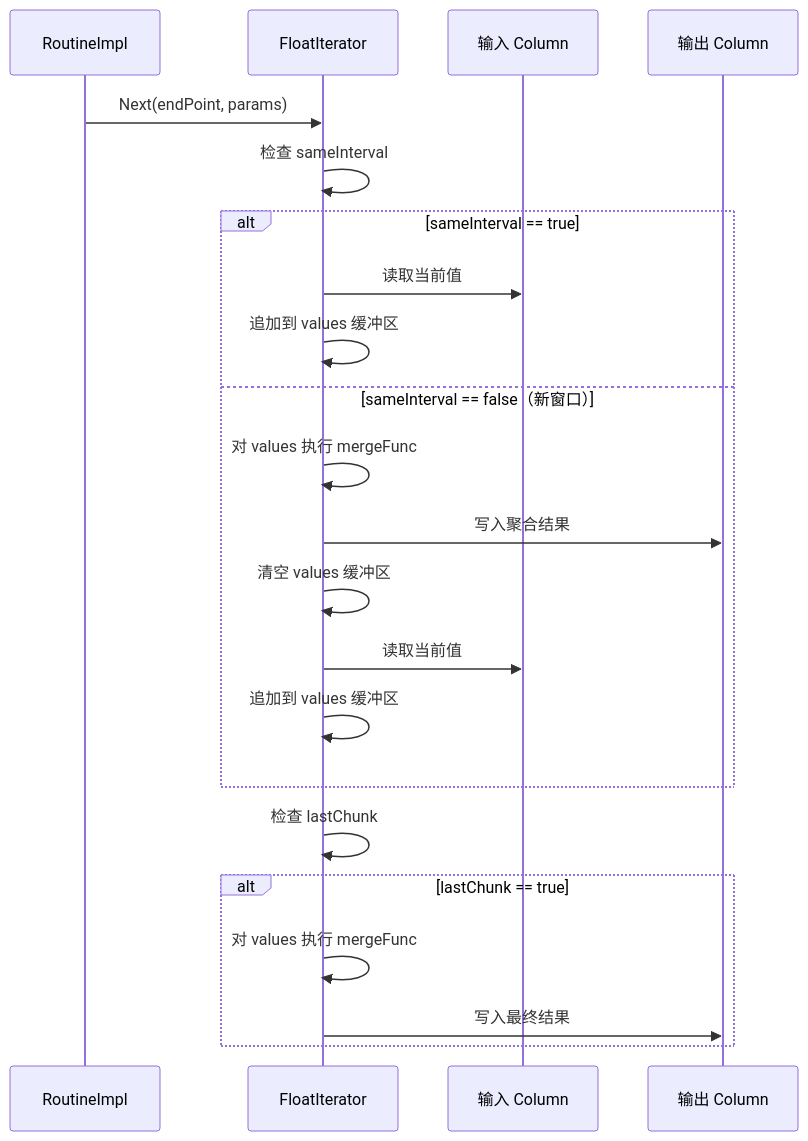
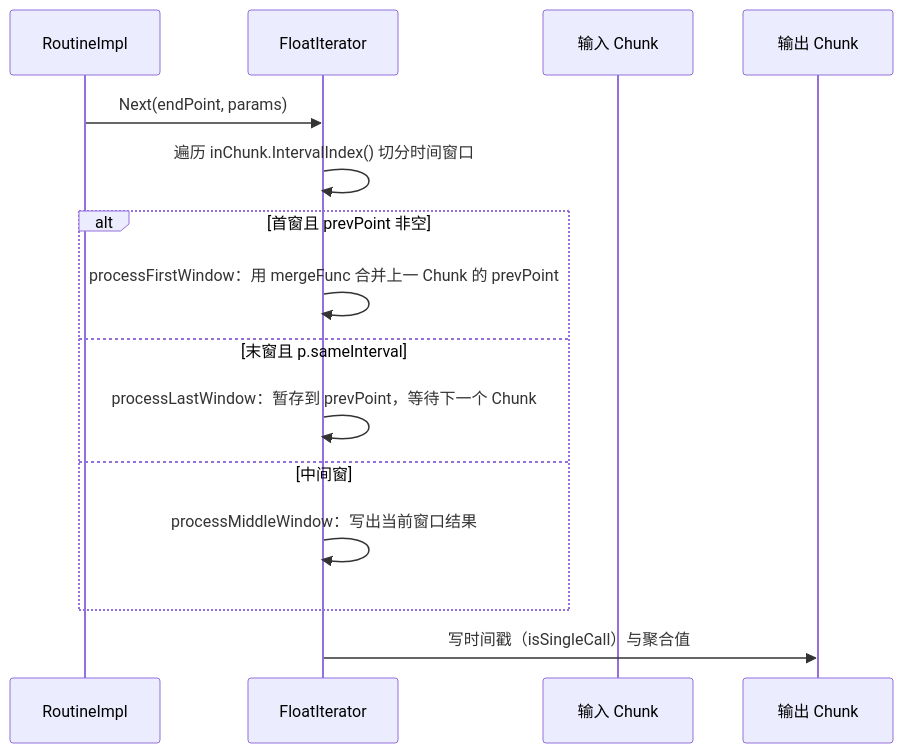
One commit to stefanv5/openGemini changed the eighth of 9 diagrams in docs/specs/09_udaf_operator_spec.md. Above: the diagram before and after it, drawn with Mermaid. The commit also changed other lines of this file and 37 other files, not shown here.

````diff
--- a/docs/specs/09_udaf_operator_spec.md
+++ b/docs/specs/09_udaf_operator_spec.md
@@ -2212,25 +2279,18 @@
 ```mermaid
 sequenceDiagram
     participant Caller as RoutineImpl
     participant FI as FloatIterator
-    participant Col as 输入 Column
-    participant Out as 输出 Column
+    participant Col as 输入 Chunk
+    participant Out as 输出 Chunk
 
     Caller->>FI: Next(endPoint, params)
-    FI->>FI: 检查 sameInterval
-    alt sameInterval == true
-        FI->>Col: 读取当前值
-        FI->>FI: 追加到 values 缓冲区
-    else sameInterval == false（新窗口）
-        FI->>FI: 对 values 执行 mergeFunc
-        FI->>Out: 写入聚合结果
-        FI->>FI: 清空 values 缓冲区
-        FI->>Col: 读取当前值
-        FI->>FI: 追加到 values 缓冲区
+    FI->>FI: 遍历 inChunk.IntervalIndex() 切分时间窗口
+    alt 首窗且 prevPoint 非空
+        FI->>FI: processFirstWindow：用 mergeFunc 合并上一 Chunk 的 prevPoint
+    else 末窗且 p.sameInterval
+        FI->>FI: processLastWindow：暂存到 prevPoint，等待下一个 Chunk
+    else 中间窗
+        FI->>FI: processMiddleWindow：写出当前窗口结果
     end
-    FI->>FI: 检查 lastChunk
-    alt lastChunk == true
-        FI->>FI: 对 values 执行 mergeFunc
-        FI->>Out: 写入最终结果
-    end
+    FI->>Out: 写时间戳（isSingleCall）与聚合值
 ```
````
